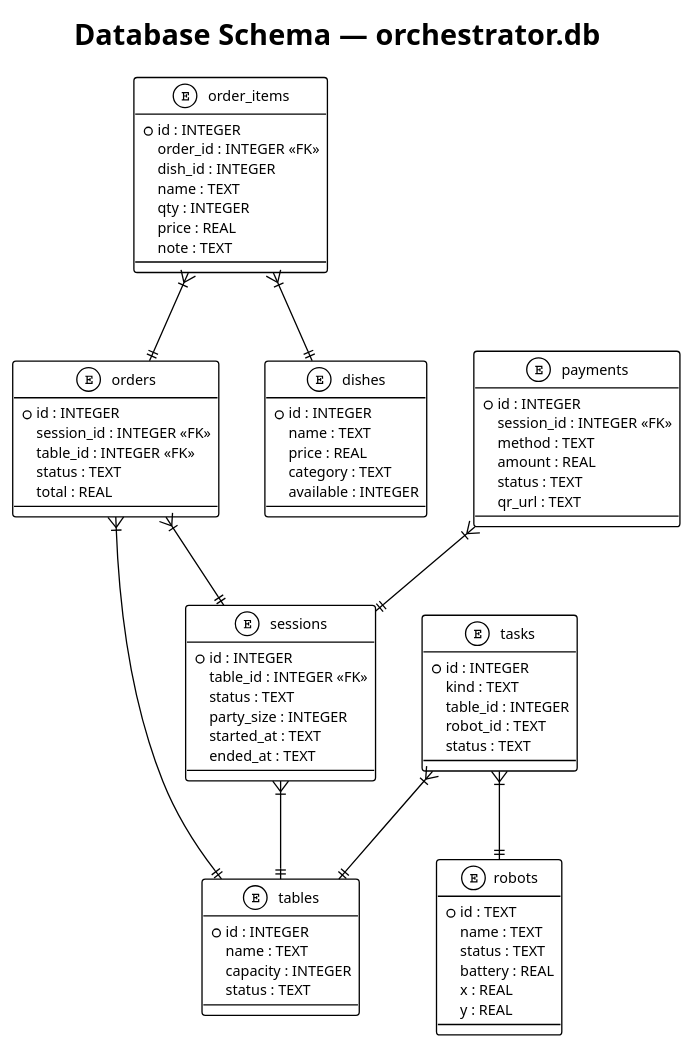
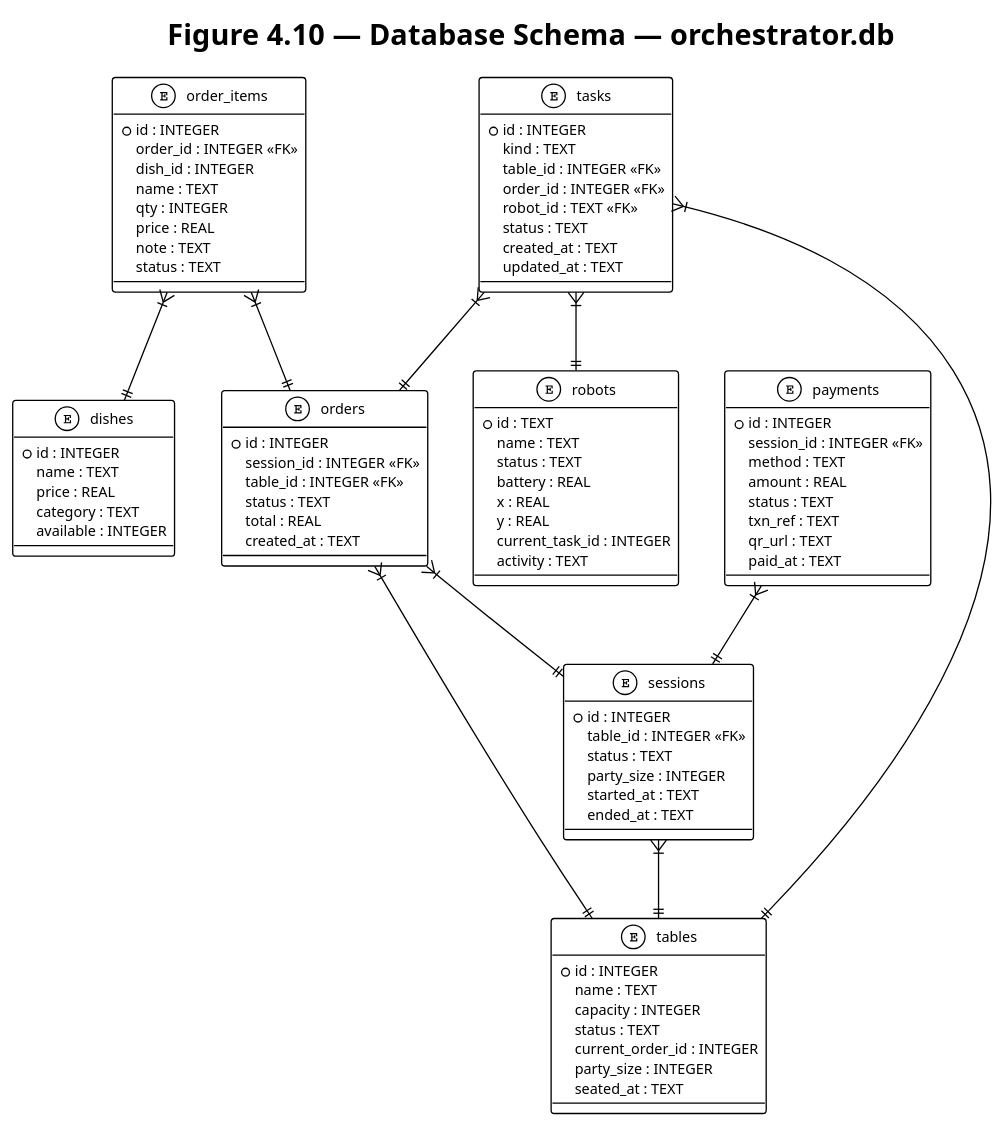
The ninth of 10 diagrams in docs/thesis/diagram.md (ThinhQuocLe007/AIWaiter), drawn with PlantUML before and after one commit. The commit also changed other lines of this file and 6 other files, not shown here.

````diff
--- a/docs/thesis/diagram.md
+++ b/docs/thesis/diagram.md
@@ -596,13 +1197,16 @@
 skinparam backgroundColor #FFFFFF
 skinparam defaultFontSize 11
 
-title Database Schema — orchestrator.db
+title Figure 4.10 — Database Schema — orchestrator.db
 
 entity "tables" {
   * id : INTEGER
   name : TEXT
   capacity : INTEGER
   status : TEXT
+  current_order_id : INTEGER
+  party_size : INTEGER
+  seated_at : TEXT
 }
 
 entity "sessions" {
@@ -620,6 +1224,7 @@
   table_id : INTEGER <<FK>>
   status : TEXT
   total : REAL
+  created_at : TEXT
 }
 
 entity "order_items" {
@@ -630,6 +1235,7 @@
   qty : INTEGER
   price : REAL
   note : TEXT
+  status : TEXT
 }
 
 entity "payments" {
@@ -638,7 +1244,9 @@
   method : TEXT
   amount : REAL
   status : TEXT
+  txn_ref : TEXT
   qr_url : TEXT
+  paid_at : TEXT
 }
 
 entity "dishes" {
@@ -656,14 +1264,19 @@
   battery : REAL
   x : REAL
   y : REAL
+  current_task_id : INTEGER
+  activity : TEXT
 }
 
 entity "tasks" {
   * id : INTEGER
   kind : TEXT
-  table_id : INTEGER
-  robot_id : TEXT
+  table_id : INTEGER <<FK>>
+  order_id : INTEGER <<FK>>
+  robot_id : TEXT <<FK>>
   status : TEXT
+  created_at : TEXT
+  updated_at : TEXT
 }
 
 sessions }|--|| tables
@@ -674,6 +1287,7 @@
 payments }|--|| sessions
 tasks }|--|| tables
 tasks }|--|| robots
+tasks }|--|| orders
 
 @enduml
 ```
````
